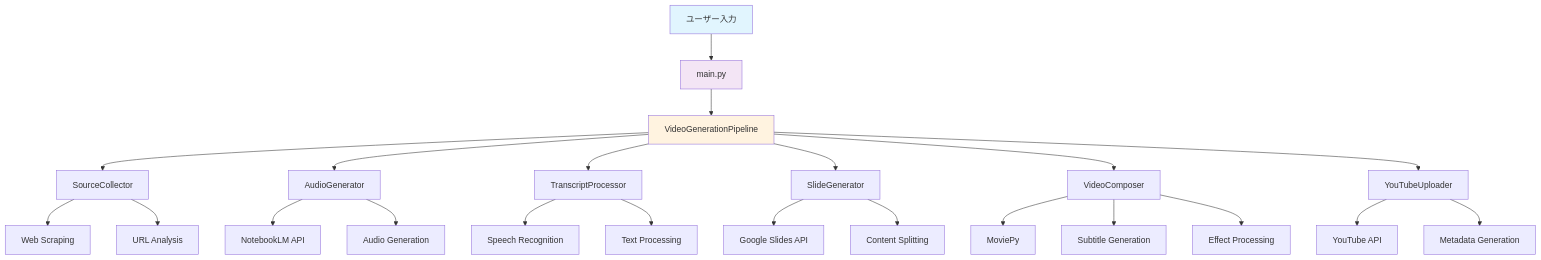
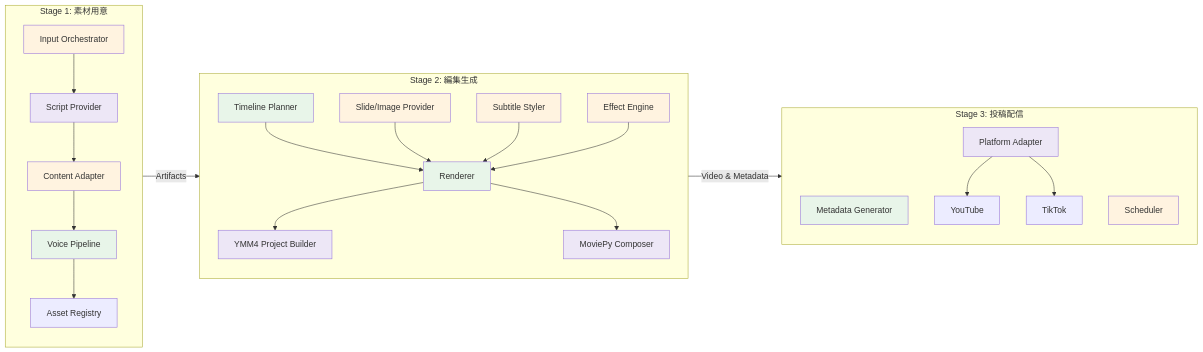
One commit to YuShimoji/NLMandSlideVideoGenerator changed the first of 3 diagrams in docs/system_architecture.md. Above: the diagram before and after it, drawn with Mermaid. The commit also changed other lines of this file and 16 other files, not shown here.

````diff
--- a/docs/system_architecture.md
+++ b/docs/system_architecture.md
@@ -9,35 +9,41 @@
 ```mermaid
-graph TB
-    A[ユーザー入力] --> B[main.py]
-    B --> C[VideoGenerationPipeline]
-    
-    C --> D[SourceCollector]
-    C --> E[AudioGenerator]
-    C --> F[TranscriptProcessor]
-    C --> G[SlideGenerator]
-    C --> H[VideoComposer]
-    C --> I[YouTubeUploader]
-    
-    D --> D1[Web Scraping]
-    D --> D2[URL Analysis]
-    
-    E --> E1[NotebookLM API]
-    E --> E2[Audio Generation]
-    
-    F --> F1[Speech Recognition]
-    F --> F2[Text Processing]
-    
-    G --> G1[Google Slides API]
-    G --> G2[Content Splitting]
-    
-    H --> H1[MoviePy]
-    H --> H2[Subtitle Generation]
-    H --> H3[Effect Processing]
-    
-    I --> I1[YouTube API]
-    I --> I2[Metadata Generation]
-    
-    style A fill:#e1f5fe
-    style B fill:#f3e5f5
-    style C fill:#fff3e0
+flowchart LR
+    subgraph S1[Stage 1: 素材用意]
+        A1[Input Orchestrator] --> A2[Script Provider]
+        A2 --> A3[Content Adapter]
+        A3 --> A4[Voice Pipeline]
+        A4 --> A5[Asset Registry]
+    end
+
+    subgraph S2[Stage 2: 編集生成]
+        B1[Timeline Planner]
+        B2[Slide/Image Provider]
+        B3[Subtitle Styler]
+        B4[Effect Engine]
+        B5[Renderer]
+        B1 --> B5
+        B2 --> B5
+        B3 --> B5
+        B4 --> B5
+        B5 --> B6[YMM4 Project Builder]
+        B5 --> B7[MoviePy Composer]
+    end
+
+    subgraph S3[Stage 3: 投稿配信]
+        C1[Metadata Generator]
+        C2[Scheduler]
+        C3[Platform Adapter]
+        C3 --> C4[YouTube]
+        C3 --> C5[TikTok]
+    end
+
+    S1 -->|Artifacts| S2 -->|Video & Metadata| S3
+
+    classDef auto fill:#e8f5e9
+    classDef manual fill:#fff3e0
+    classDef hybrid fill:#ede7f6
+
+    class A2,B6,B7,C3 hybrid
+    class A4,B1,B5,C1 auto
+    class A1,A3,B2,B3,B4,C2 manual
 ```
````
